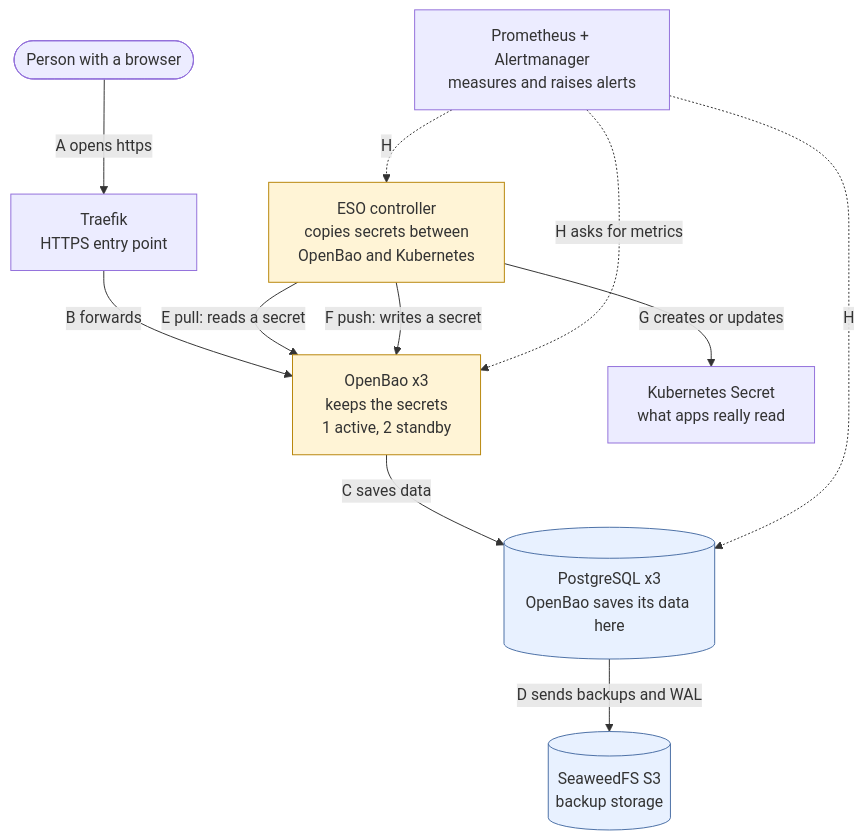
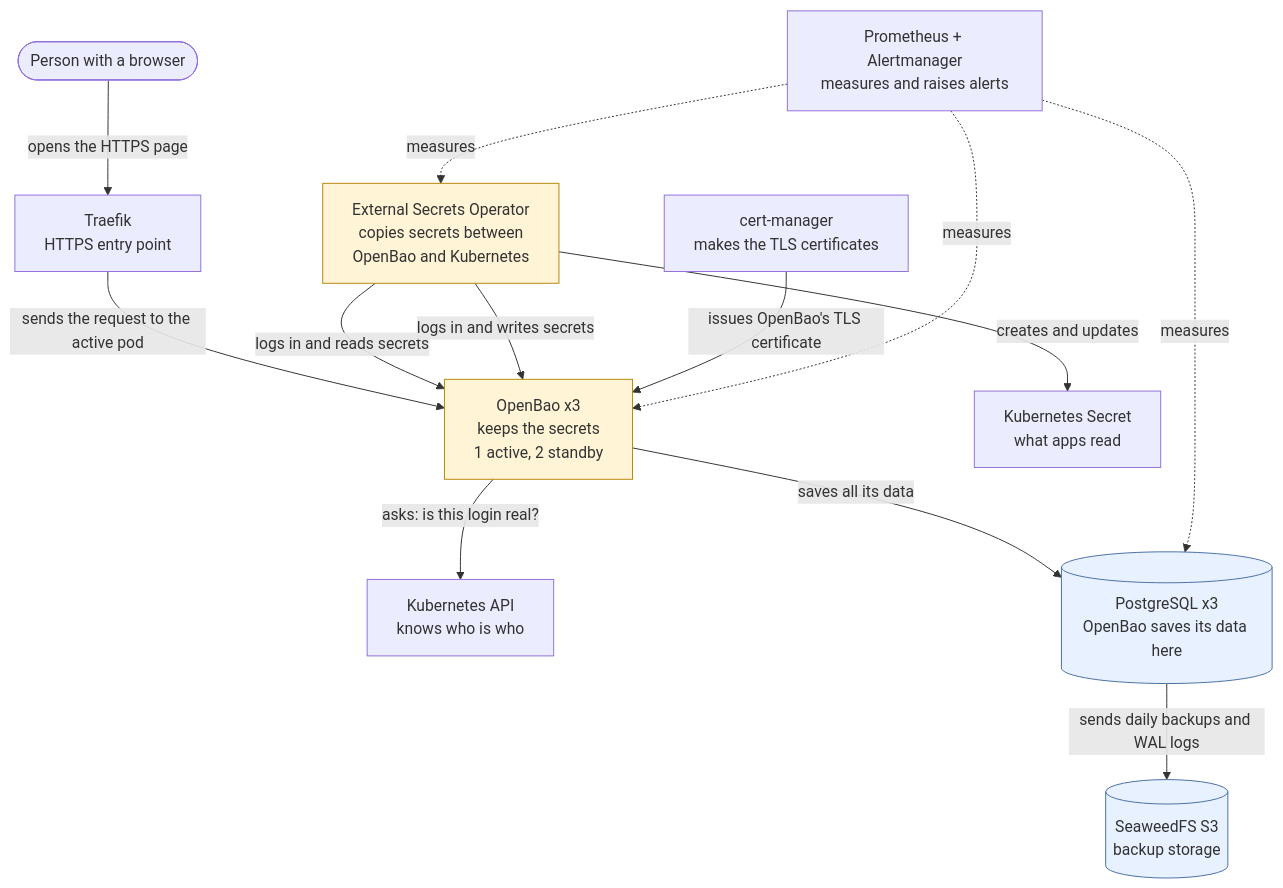
The second of 2 diagrams in README.md (arsalanahmedzia/openbao-platform), drawn with Mermaid before and after one commit. The commit also changed other lines of this file, not shown here.

Commit message:
docs: describe the diagrams with plain labels

````diff
--- a/README.md
+++ b/README.md
@@ -43,26 +43,30 @@
 ```mermaid
 flowchart TB
   user([Person with a browser])
   traefik[Traefik<br/>HTTPS entry point]
   bao[OpenBao x3<br/>keeps the secrets<br/>1 active, 2 standby]
+  api[Kubernetes API<br/>knows who is who]
   pg[(PostgreSQL x3<br/>OpenBao saves its data here)]
   s3[(SeaweedFS S3<br/>backup storage)]
-  eso[ESO controller<br/>copies secrets between<br/>OpenBao and Kubernetes]
-  ksec[Kubernetes Secret<br/>what apps really read]
+  eso[External Secrets Operator<br/>copies secrets between<br/>OpenBao and Kubernetes]
+  ksec[Kubernetes Secret<br/>what apps read]
+  cm[cert-manager<br/>makes the TLS certificates]
   prom[Prometheus + Alertmanager<br/>measures and raises alerts]
 
-  user -->|"A opens https"| traefik
-  traefik -->|"B forwards"| bao
-  bao -->|"C saves data"| pg
-  pg -->|"D sends backups and WAL"| s3
-  eso -->|"E pull: reads a secret"| bao
-  eso -->|"F push: writes a secret"| bao
-  eso -->|"G creates or updates"| ksec
-  prom -.->|"H asks for metrics"| bao
-  prom -.->|"H"| pg
-  prom -.->|"H"| eso
+  user -->|"opens the HTTPS page"| traefik
+  traefik -->|"sends the request to the active pod"| bao
+  eso -->|"logs in and reads secrets"| bao
+  eso -->|"logs in and writes secrets"| bao
+  bao -->|"asks: is this login real?"| api
+  bao -->|"saves all its data"| pg
+  pg -->|"sends daily backups and WAL logs"| s3
+  eso -->|"creates and updates"| ksec
+  cm -->|"issues OpenBao's TLS certificate"| bao
+  prom -.->|"measures"| bao
+  prom -.->|"measures"| pg
+  prom -.->|"measures"| eso
   classDef store fill:#e8f1ff,stroke:#4a6fa5
   classDef main fill:#fff4d6,stroke:#b8860b
   class pg,s3 store
   class bao,eso main
 ```
````
